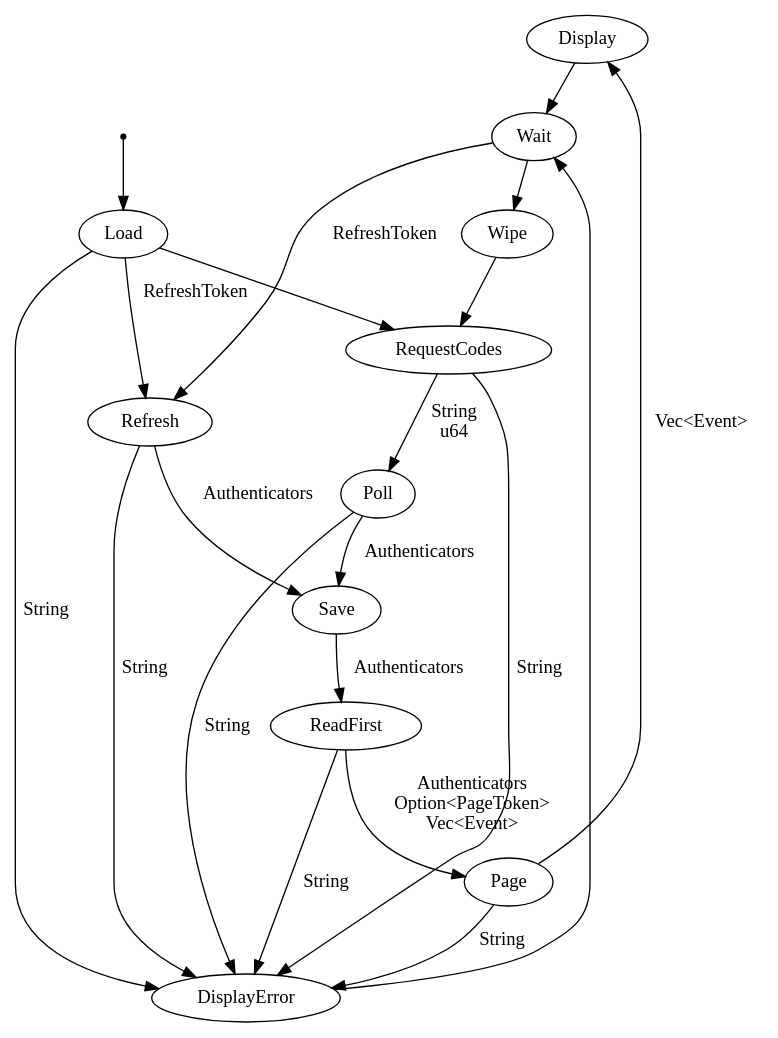
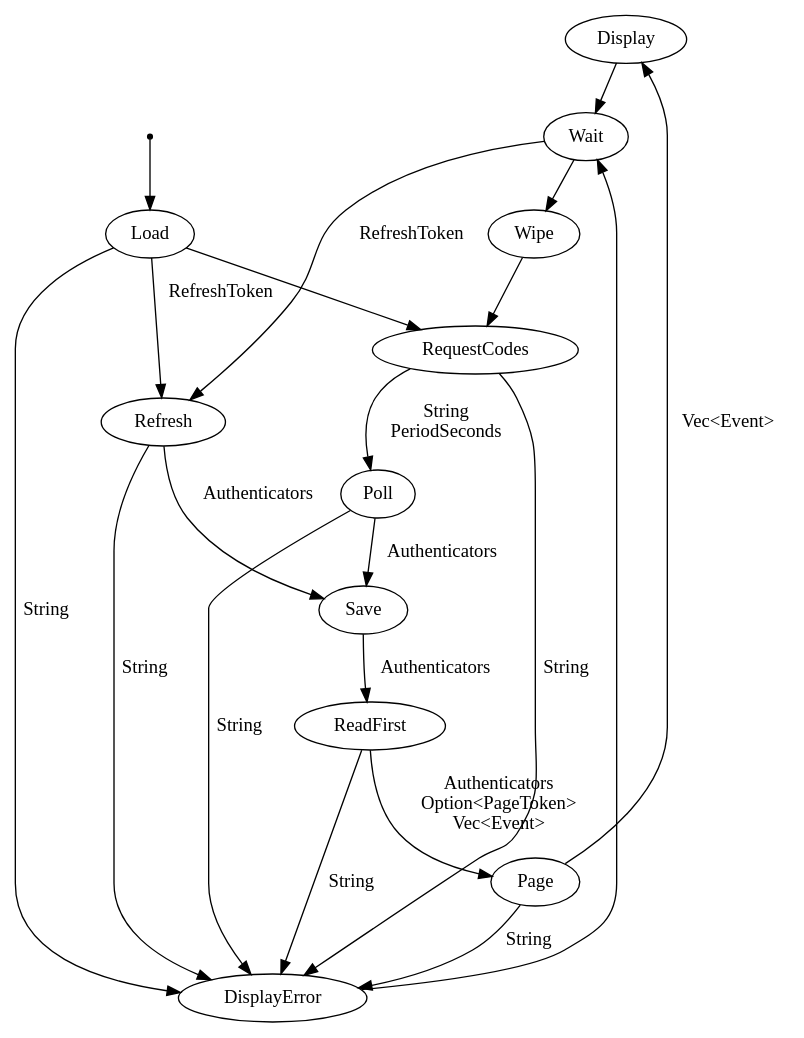
The diagram in docs/cal_machine.dot (kieranjwhite/calendar_mirror), drawn with Graphviz before and after one commit. The commit also changed 2 other files, not shown here.

Commit message:
now using type alias for poll period

```diff
--- a/docs/cal_machine.dot
+++ b/docs/cal_machine.dot
@@ -1,34 +1,34 @@
 digraph cal_stm {
     Display[label="Display"][shape="ellipse"];
     DisplayError[label="DisplayError"][shape="ellipse"];
     Load[label="Load"][shape="ellipse"];
     Page[label="Page"][shape="ellipse"];
     Poll[label="Poll"][shape="ellipse"];
     ReadFirst[label="ReadFirst"][shape="ellipse"];
     Refresh[label="Refresh"][shape="ellipse"];
     RequestCodes[label="RequestCodes"][shape="ellipse"];
     Save[label="Save"][shape="ellipse"];
     Wait[label="Wait"][shape="ellipse"];
     Wipe[label="Wipe"][shape="ellipse"];
     _start[label="_start"][shape="point"];
     _start -> Load[label=""];
     Load -> RequestCodes[label=""];
     Wipe -> RequestCodes[label=""];
     Load -> Refresh[label="RefreshToken\n"];
     Wait -> Refresh[label="RefreshToken\n"];
     Save -> ReadFirst[label="Authenticators\n"];
-    RequestCodes -> Poll[label="String\nu64\n"];
+    RequestCodes -> Poll[label="String\nPeriodSeconds\n"];
     Load -> DisplayError[label="String\n"];
     Page -> DisplayError[label="String\n"];
     Poll -> DisplayError[label="String\n"];
     ReadFirst -> DisplayError[label="String\n"];
     Refresh -> DisplayError[label="String\n"];
     RequestCodes -> DisplayError[label="String\n"];
     Poll -> Save[label="Authenticators\n"];
     Refresh -> Save[label="Authenticators\n"];
     ReadFirst -> Page[label="Authenticators\nOption<PageToken>\nVec<Event>\n"];
     Page -> Display[label="Vec<Event>\n"];
     DisplayError -> Wait[label=""];
     Display -> Wait[label=""];
     Wait -> Wipe[label=""];
 }
```
